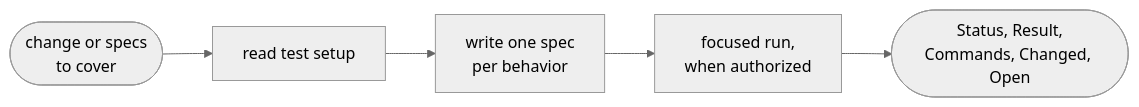
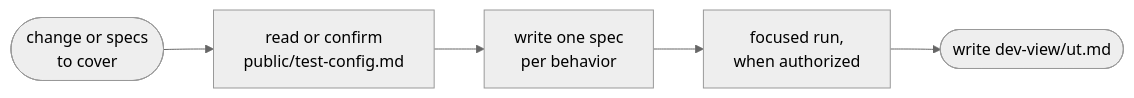
Before and after one commit to le0u0/just-do-it: the diagram in docs/go-ut.md, drawn with Mermaid (neutral theme). The commit also changed other lines of this file and 84 other files, not shown here.

Commit message:
feat!: replace justaway mode with independent skill storage, go-setup, go-flow, and to-test-doc

````diff
--- a/docs/go-ut.md
+++ b/docs/go-ut.md
@@ -7,7 +7,7 @@
 ```mermaid
 flowchart LR
-    IN([change or specs<br/>to cover]) --> S[read test setup]
+    IN([change or specs<br/>to cover]) --> S[read or confirm<br/>public/test-config.md]
     S --> W[write one spec<br/>per behavior]
     W --> R[focused run,<br/>when authorized]
-    R --> O([Status, Result,<br/>Commands, Changed, Open])
+    R --> O([write dev-view/ut.md])
 ```
````
